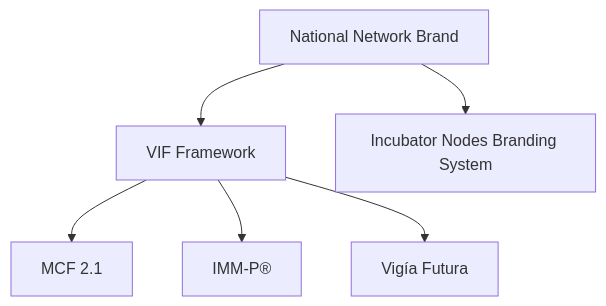
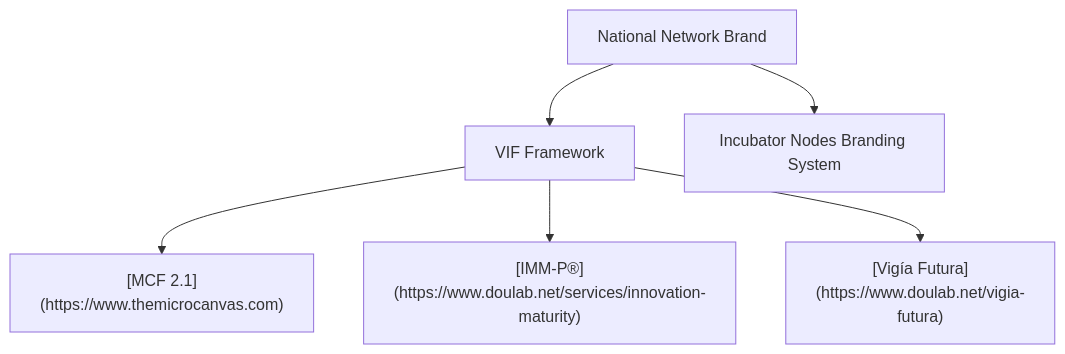
One commit to doulabglobal/vigia-incubanet-framework changed the first of 3 diagrams in vif/annexes/annex-09-branding-communication.md. Above: the diagram before and after it, drawn with Mermaid. The commit also changed other lines of this file and 22 other files, not shown here.

Commit message:
chore: Updated links to Doulab, IMM-P, Vigia Futura and MicroCanvas Framework. Added the license project wide

````diff
--- a/vif/annexes/annex-09-branding-communication.md
+++ b/vif/annexes/annex-09-branding-communication.md
@@ -36,8 +36,8 @@
 ```mermaid
 flowchart TB
     A[National Network Brand] --> B[VIF Framework]
-    B --> C[MCF 2.1]
-    B --> D[IMM-P®]
-    B --> E[Vigía Futura]
+    B --> C["[MCF 2.1](https://www.themicrocanvas.com)"]
+    B --> D["[IMM-P®](https://www.doulab.net/services/innovation-maturity)"]
+    B --> E["[Vigía Futura](https://www.doulab.net/vigia-futura)"]
     A --> F[Incubator Nodes Branding System]
 ```
````
